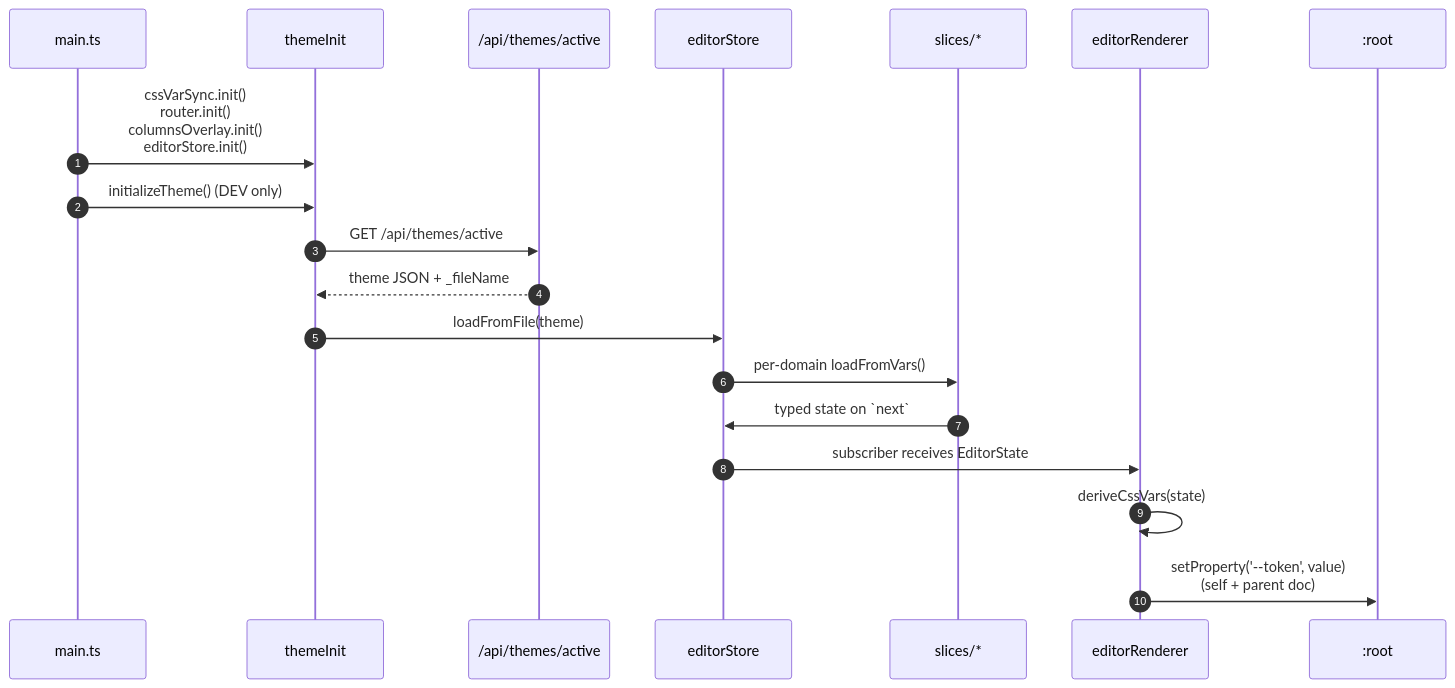
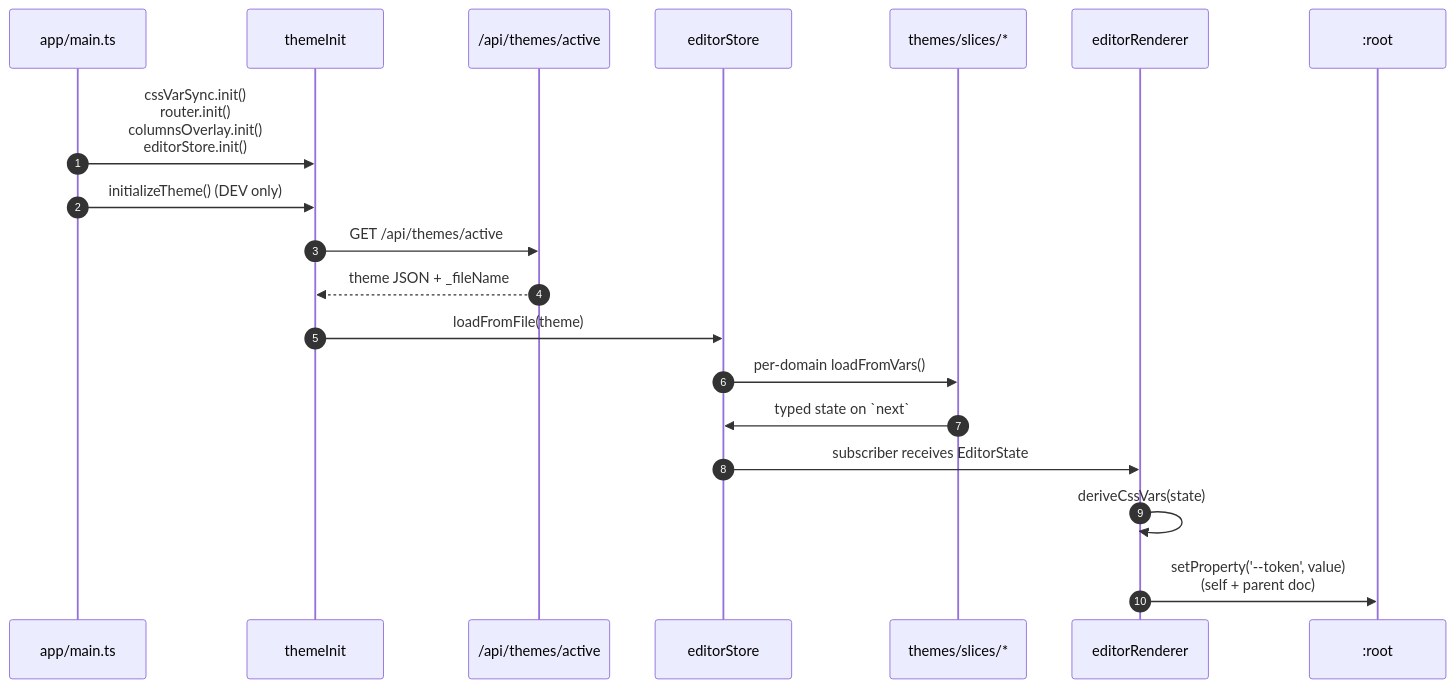
One commit to motionproto/live-tokens changed the second of 6 diagrams in docs/02-architecture.md. Above: the diagram before and after it, drawn with Mermaid. The commit also changed other lines of this file and 11 other files, not shown here.

````diff
--- a/docs/02-architecture.md
+++ b/docs/02-architecture.md
@@ -87,22 +92,22 @@
 ```mermaid
 sequenceDiagram
     autonumber
-    participant Boot as main.ts
+    participant Boot as app/main.ts
     participant Init as themeInit
     participant API as /api/themes/active
     participant Store as editorStore
-    participant Slices as slices/*
+    participant Slices as themes/slices/*
     participant Render as editorRenderer
     participant DOM as :root
 
     Boot->>Init: cssVarSync.init()<br/>router.init()<br/>columnsOverlay.init()<br/>editorStore.init()
     Boot->>Init: initializeTheme() (DEV only)
     Init->>API: GET /api/themes/active
     API-->>Init: theme JSON + _fileName
     Init->>Store: loadFromFile(theme)
     Store->>Slices: per-domain loadFromVars()
     Slices->>Store: typed state on `next`
     Store->>Render: subscriber receives EditorState
     Render->>Render: deriveCssVars(state)
     Render->>DOM: setProperty('--token', value)<br/>(self + parent doc)
 ```
````
